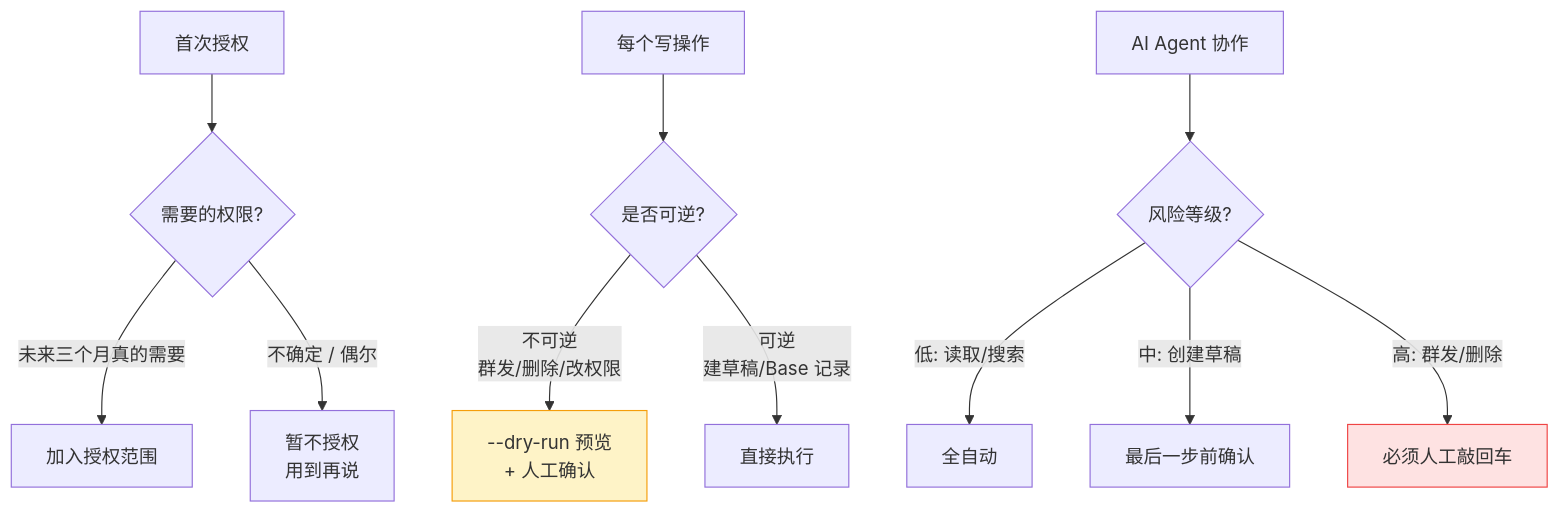
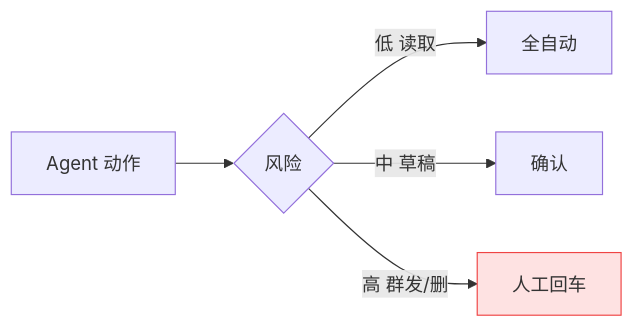
Diagram 16 of 16 in lark-cli/index.md (ymzlsy/wiki), drawn with Mermaid before and after one commit. The commit also changed other lines of this file and 2 other files, not shown here.

First line of the commit message:
feat(lark-cli): rewrite Ch1 vs 智能伙伴/智能体 + shrink mermaid diagrams

````diff
--- a/lark-cli/index.md
+++ b/lark-cli/index.md
@@ -1251,18 +1280,8 @@
 ```mermaid
-flowchart TD
-    A[首次授权] --> B{需要的权限?}
-    B -->|"未来三个月真的需要"| C[加入授权范围]
-    B -->|"不确定 / 偶尔"| D[暂不授权<br/>用到再说]
-
-    E[每个写操作] --> F{是否可逆?}
-    F -->|"不可逆<br/>群发/删除/改权限"| G[--dry-run 预览<br/>+ 人工确认]
-    F -->|"可逆<br/>建草稿/Base 记录"| H[直接执行]
-
-    I[AI Agent 协作] --> J{风险等级?}
-    J -->|"低: 读取/搜索"| K[全自动]
-    J -->|"中: 创建草稿"| L[最后一步前确认]
-    J -->|"高: 群发/删除"| M[必须人工敲回车]
-
-    style G fill:#fef3c7,stroke:#f59e0b
-    style M fill:#fee2e2,stroke:#ef4444
+flowchart LR
+    J[Agent 动作] --> K{风险}
+    K -->|低 读取| L[全自动]
+    K -->|中 草稿| M[确认]
+    K -->|高 群发/删| N[人工回车]
+    style N fill:#fee2e2,stroke:#ef4444
 ```
````
